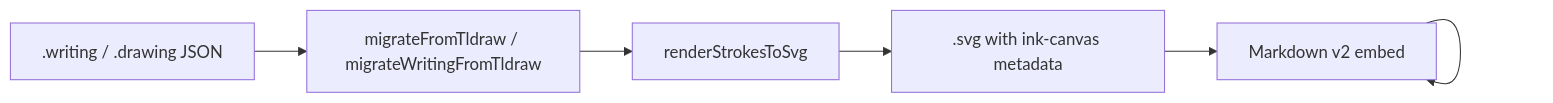
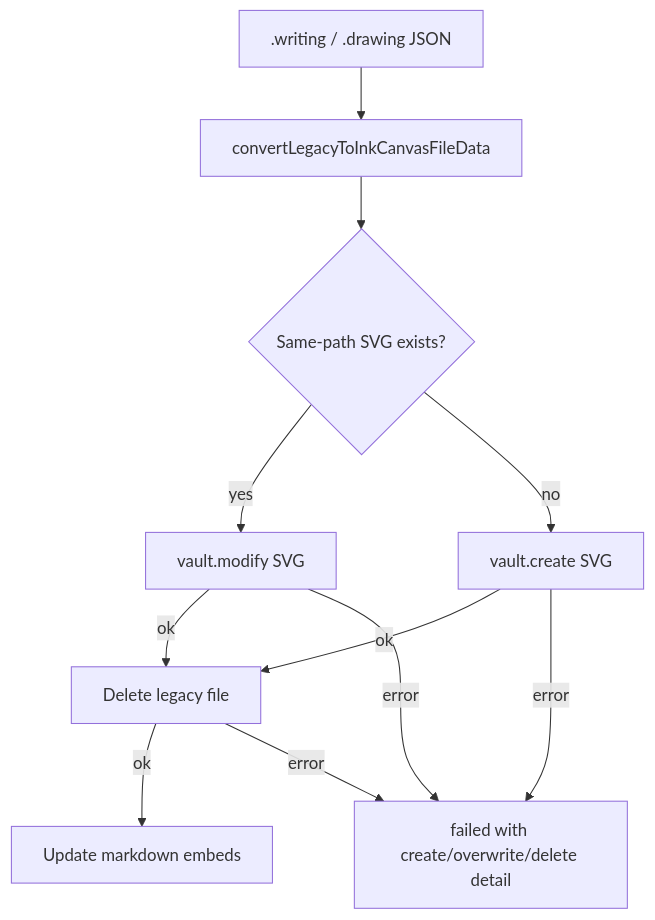
Before and after one commit to daledesilva/obsidian_ink: the diagram in docs/file-format-and-conversion.md, drawn with Mermaid. The commit also changed other lines of this file and 4 other files, not shown here.

Commit message:
fixed: Overwrote an existing same-path SVG during permanent legacy migration instead of skipping. Deleted the legacy file only after a successful create or overwrite, and reported create/overwrite/delete failures with explicit detail.

````diff
--- a/docs/file-format-and-conversion.md
+++ b/docs/file-format-and-conversion.md
@@ -65,12 +66,22 @@
 ```mermaid
-flowchart LR
+flowchart TD
   V1File[".writing / .drawing JSON"]
-  Migrate["migrateFromTldraw / migrateWritingFromTldraw"]
-  Render["renderStrokesToSvg"]
-  SVG[".svg with ink-canvas metadata"]
-  Note["Markdown v2 embed"]
+  Convert["convertLegacyToInkCanvasFileData"]
+  Exists{"Same-path SVG exists?"}
+  Modify["vault.modify SVG"]
+  Create["vault.create SVG"]
+  Delete["Delete legacy file"]
+  Fail["failed with create/overwrite/delete detail"]
+  Notes["Update markdown embeds"]
 
-  V1File --> Migrate --> Render --> SVG
-  Note --> Note
-  SVG --> Note
+  V1File --> Convert
+  Convert --> Exists
+  Exists -->|yes| Modify
+  Exists -->|no| Create
+  Modify -->|ok| Delete
+  Create -->|ok| Delete
+  Modify -->|error| Fail
+  Create -->|error| Fail
+  Delete -->|ok| Notes
+  Delete -->|error| Fail
 ```
````
